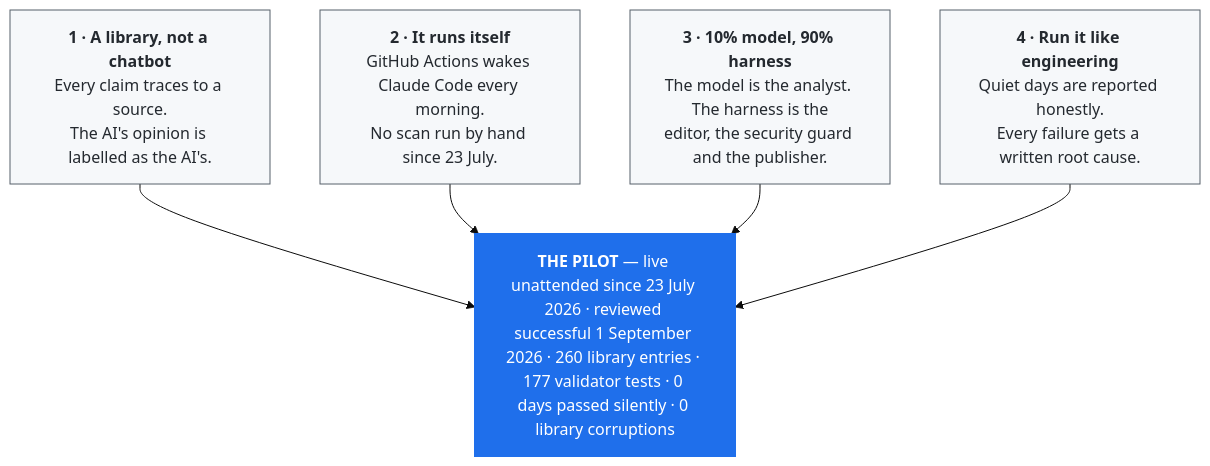
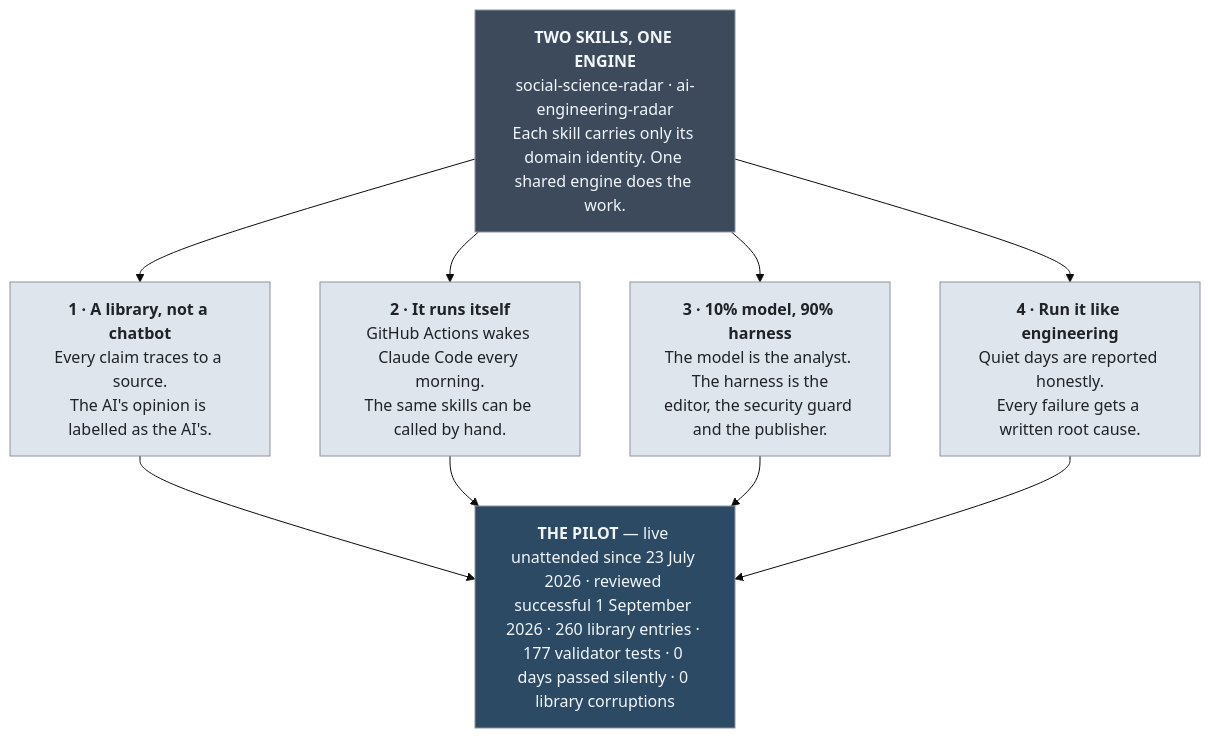
Before and after one commit to harryaquijeballon/ai_radar: the diagram in docs/presentations/2026-09-11-presentation-v1.md, drawn with Mermaid (base theme). The commit also changed other lines of this file, not shown here.

Commit message:
docs: presentation v1 — add the two skills on top, mute the palette for dark mode
Claude-Session: https://claude.ai/code/session_01EgHrWucA8npYuN3RaZw6vP

````diff
--- a/docs/presentations/2026-09-11-presentation-v1.md
+++ b/docs/presentations/2026-09-11-presentation-v1.md
@@ -5,16 +5,23 @@
 ```mermaid
 flowchart TB
+    S["<b>TWO SKILLS, ONE ENGINE</b><br/>social-science-radar · ai-engineering-radar<br/>Each skill carries only its domain identity. One shared engine does the work."]
     I1["<b>1 · A library, not a chatbot</b><br/>Every claim traces to a source.<br/>The AI's opinion is labelled as the AI's."]
-    I2["<b>2 · It runs itself</b><br/>GitHub Actions wakes Claude Code every morning.<br/>No scan run by hand since 23 July."]
+    I2["<b>2 · It runs itself</b><br/>GitHub Actions wakes Claude Code every morning.<br/>The same skills can be called by hand."]
     I3["<b>3 · 10% model, 90% harness</b><br/>The model is the analyst. The harness is the<br/>editor, the security guard and the publisher."]
     I4["<b>4 · Run it like engineering</b><br/>Quiet days are reported honestly.<br/>Every failure gets a written root cause."]
     P["<b>THE PILOT</b> — live unattended since 23 July 2026 · reviewed successful 1 September 2026 · 260 library entries · 177 validator tests · 0 days passed silently · 0 library corruptions"]
+    S --> I1
+    S --> I2
+    S --> I3
+    S --> I4
     I1 --> P
     I2 --> P
     I3 --> P
     I4 --> P
-    classDef idea fill:#f6f8fa,stroke:#57606a,stroke-width:1px,color:#24292f
-    classDef pilot fill:#1f6feb,stroke:#1f6feb,stroke-width:2px,color:#ffffff
+    classDef skills fill:#3d4a5c,stroke:#8b949e,stroke-width:1px,color:#f0f6fc
+    classDef idea fill:#dfe5ec,stroke:#8b949e,stroke-width:1px,color:#1f2328
+    classDef pilot fill:#2c4a63,stroke:#8b949e,stroke-width:1px,color:#f0f6fc
+    class S skills
     class I1,I2,I3,I4 idea
     class P pilot
 ```
````
